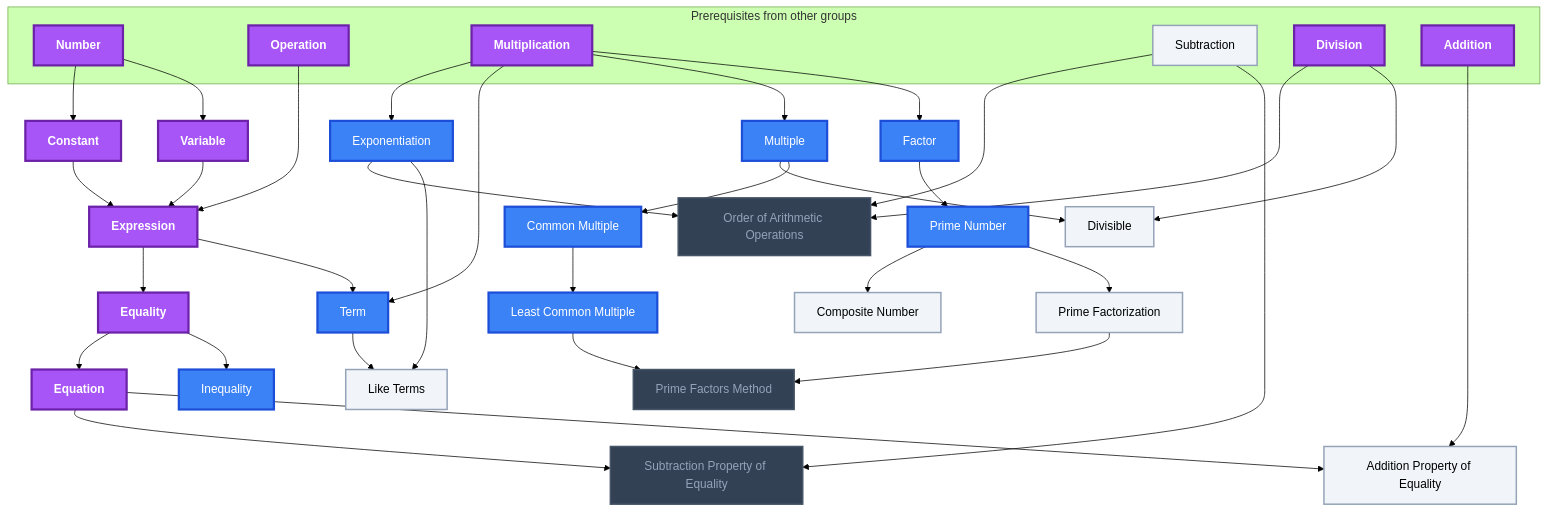
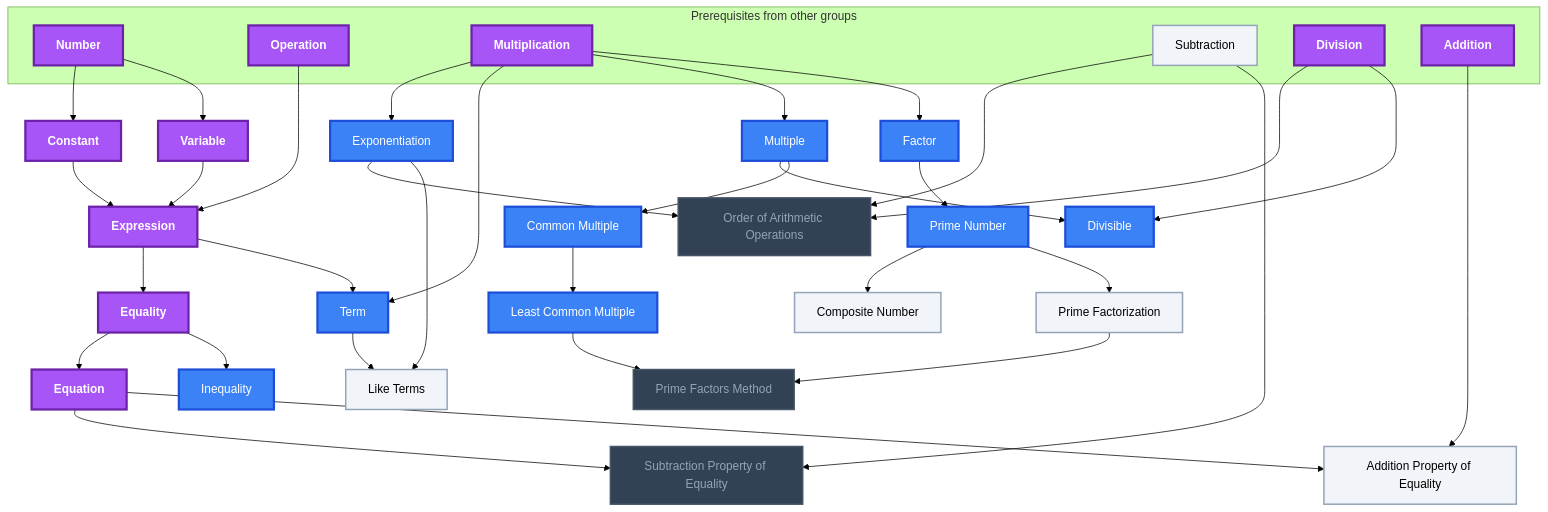
One commit to MRauf1/My-Notes changed the second of 10 diagrams in Gamification/Skill Trees/Pre-Algebra.md. Above: the diagram before and after it, drawn with Mermaid (forest theme). The commit also changed other lines of this file and 62 other files, not shown here.

````diff
--- a/Gamification/Skill Trees/Pre-Algebra.md
+++ b/Gamification/Skill Trees/Pre-Algebra.md
@@ -82,77 +85,77 @@
 ```mermaid
 flowchart TD
     classDef planned fill:#1E293B,stroke:#64748B,stroke-width:2px,stroke-dasharray:5 5,color:#94A3B8;
     classDef locked fill:#334155,stroke:#475569,stroke-width:2px,color:#94A3B8;
     classDef L0 fill:#F1F5F9,stroke:#94A3B8,stroke-width:2px,color:#000000;
     classDef L1 fill:#22C55E,stroke:#15803D,stroke-width:2px,color:#000000;
     classDef L2 fill:#3B82F6,stroke:#1D4ED8,stroke-width:3px,color:#FFFFFF;
     classDef L3 fill:#A855F7,stroke:#6B21A8,stroke-width:3px,color:#FFFFFF,font-weight:bold;
     classDef L4 fill:#F97316,stroke:#C2410C,stroke-width:4px,color:#000000,font-weight:bold;
     classDef L5 fill:#FFD700,stroke:#FF8C00,stroke-width:5px,color:#000000,font-weight:bold;
     classDef rusty stroke:#8B4513,stroke-width:4px,stroke-dasharray:3 3;
     subgraph sg_prereqs["Prerequisites from other groups"]
         n_number["Number"]
         n_operation["Operation"]
         n_multiplication["Multiplication"]
         n_subtraction["Subtraction"]
         n_division["Division"]
         n_addition["Addition"]
     end
     n_constant["Constant"]
     n_variable["Variable"]
     n_expression["Expression"]
     n_equality["Equality"]
     n_equation["Equation"]
     n_inequality["Inequality"]
     n_exponentiation["Exponentiation"]
     n_order_of_arithmetic_operations["Order of Arithmetic Operations"]
     n_term["Term"]
     n_like_terms["Like Terms"]
     n_subtraction_property_of_equality["Subtraction Property of Equality"]
     n_addition_property_of_equality["Addition Property of Equality"]
     n_multiple["Multiple"]
     n_divisible["Divisible"]
     n_factor["Factor"]
     n_prime_number["Prime Number"]
     n_composite_number["Composite Number"]
     n_prime_factorization["Prime Factorization"]
     n_common_multiple["Common Multiple"]
     n_least_common_multiple["Least Common Multiple"]
     n_prime_factors_method["Prime Factors Method"]
     n_number --> n_constant
     n_number --> n_variable
     n_operation --> n_expression
     n_constant --> n_expression
     n_variable --> n_expression
     n_expression --> n_equality
     n_equality --> n_equation
     n_equality --> n_inequality
     n_multiplication --> n_exponentiation
     n_subtraction --> n_order_of_arithmetic_operations
     n_division --> n_order_of_arithmetic_operations
     n_exponentiation --> n_order_of_arithmetic_operations
     n_multiplication --> n_term
     n_expression --> n_term
     n_exponentiation --> n_like_terms
     n_term --> n_like_terms
     n_subtraction --> n_subtraction_property_of_equality
     n_equation --> n_subtraction_property_of_equality
     n_addition --> n_addition_property_of_equality
     n_equation --> n_addition_property_of_equality
     n_multiplication --> n_multiple
     n_division --> n_divisible
     n_multiple --> n_divisible
     n_multiplication --> n_factor
     n_factor --> n_prime_number
     n_prime_number --> n_composite_number
     n_prime_number --> n_prime_factorization
     n_multiple --> n_common_multiple
     n_common_multiple --> n_least_common_multiple
     n_prime_factorization --> n_prime_factors_method
     n_least_common_multiple --> n_prime_factors_method
     class n_order_of_arithmetic_operations,n_subtraction_property_of_equality,n_prime_factors_method locked;
-    class n_subtraction,n_like_terms,n_addition_property_of_equality,n_divisible,n_composite_number,n_prime_factorization L0;
-    class n_inequality,n_exponentiation,n_term,n_multiple,n_factor,n_prime_number,n_common_multiple,n_least_common_multiple L2;
+    class n_subtraction,n_like_terms,n_addition_property_of_equality,n_composite_number,n_prime_factorization L0;
+    class n_inequality,n_exponentiation,n_term,n_multiple,n_divisible,n_factor,n_prime_number,n_common_multiple,n_least_common_multiple L2;
     class n_number,n_operation,n_multiplication,n_division,n_addition,n_constant,n_variable,n_expression,n_equality,n_equation L3;
     class n_number,n_operation,n_multiplication,n_subtraction,n_division,n_addition,n_constant,n_variable,n_expression,n_equality,n_equation,n_inequality,n_exponentiation,n_order_of_arithmetic_operations,n_term,n_like_terms,n_subtraction_property_of_equality,n_addition_property_of_equality,n_multiple,n_divisible,n_factor,n_prime_number,n_composite_number,n_prime_factorization,n_common_multiple,n_least_common_multiple,n_prime_factors_method internal-link;
 ```
````
